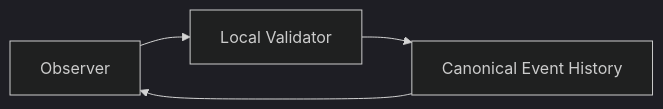
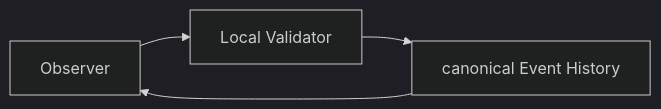
One commit to godofthunder101/crypsa-architecture changed the first of 2 diagrams in implementation/minimal_validator/CrypSA_Minimal_Validator_v0.1.md. Above: the diagram before and after it, drawn with Mermaid (dark theme). The commit also changed other lines of this file, not shown here.

````diff
--- a/implementation/minimal_validator/CrypSA_Minimal_Validator_v0.1.md
+++ b/implementation/minimal_validator/CrypSA_Minimal_Validator_v0.1.md
@@ -75,8 +75,8 @@
 ```mermaid
 flowchart LR
 
 A[Observer] --> B[Local Validator]
-B --> C[Canonical Event History]
+B --> C[canonical Event History]
 
 C --> A
 ```
````
